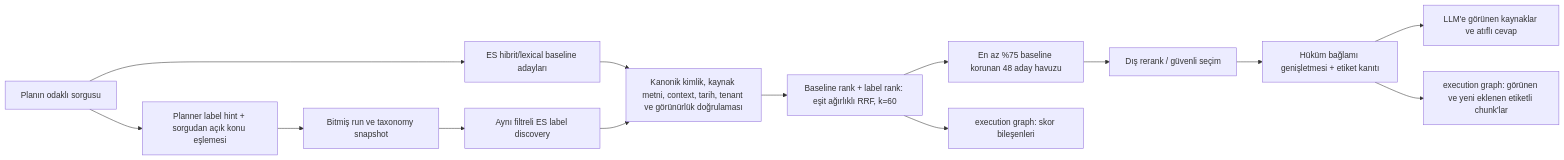
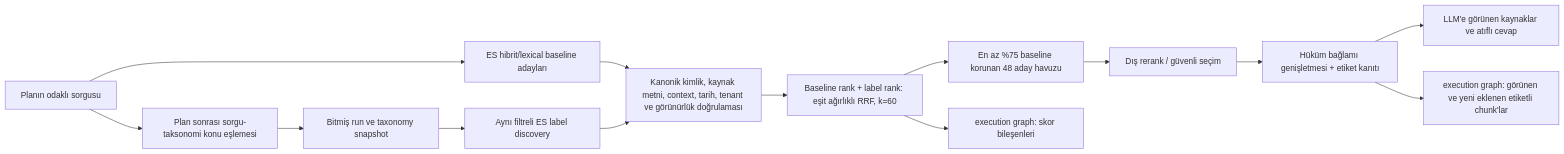
The second of 2 diagrams in docs/atez-search-v2-label-scoring-workflow-2026-09-30.md (atezsoftware/customs-regulations-chatbot), drawn with Mermaid before and after one commit. The commit also changed other lines of this file and 5 other files, not shown here.

````diff
--- a/docs/atez-search-v2-label-scoring-workflow-2026-09-30.md
+++ b/docs/atez-search-v2-label-scoring-workflow-2026-09-30.md
@@ -44,16 +44,16 @@
 ```mermaid
 flowchart LR
     Q["Planın odaklı sorgusu"] --> B["ES hibrit/lexical baseline adayları"]
-    Q --> H["Planner label hint + sorgudan açık konu eşlemesi"]
+    Q --> H["Plan sonrası sorgu-taksonomi konu eşlemesi"]
     H --> T["Bitmiş run ve taxonomy snapshot"]
     T --> D["Aynı filtreli ES label discovery"]
     B --> V["Kanonik kimlik, kaynak metni, context, tarih, tenant ve görünürlük doğrulaması"]
     D --> V
     V --> F["Baseline rank + label rank: eşit ağırlıklı RRF, k=60"]
     F --> C["En az %75 baseline korunan 48 aday havuzu"]
     C --> R["Dış rerank / güvenli seçim"]
     R --> X["Hüküm bağlamı genişletmesi + etiket kanıtı"]
     X --> A["LLM'e görünen kaynaklar ve atıflı cevap"]
     F --> G["execution graph: skor bileşenleri"]
     X --> G2["execution graph: görünen ve yeni eklenen etiketli chunk'lar"]
 ```
````
